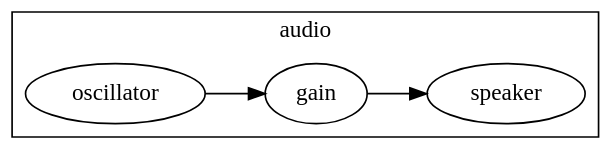
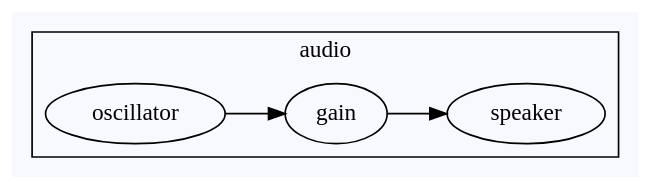
One commit to cleongh/webgames changed the diagram in nodos.dot. Above: the diagram before and after it, drawn with Graphviz. The commit also changed 30 other files, not shown here.

```diff
--- a/nodos.dot
+++ b/nodos.dot
@@ -1,8 +1,8 @@
 digraph nodos {
     rankdir=LR
-    bgcolor=transparent
+    bgcolor="ghostwhite"
     subgraph cluster_0 {
         label = "audio"
         oscillator -> gain -> speaker
     }
 }
```
